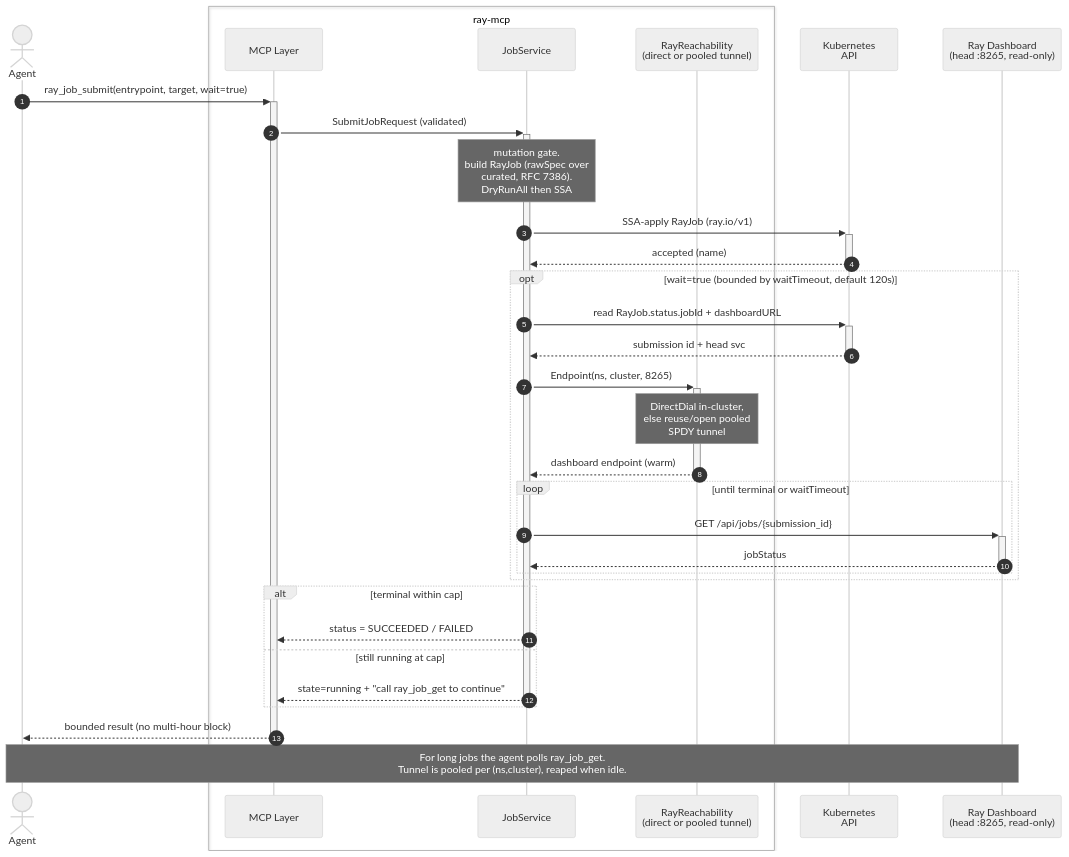
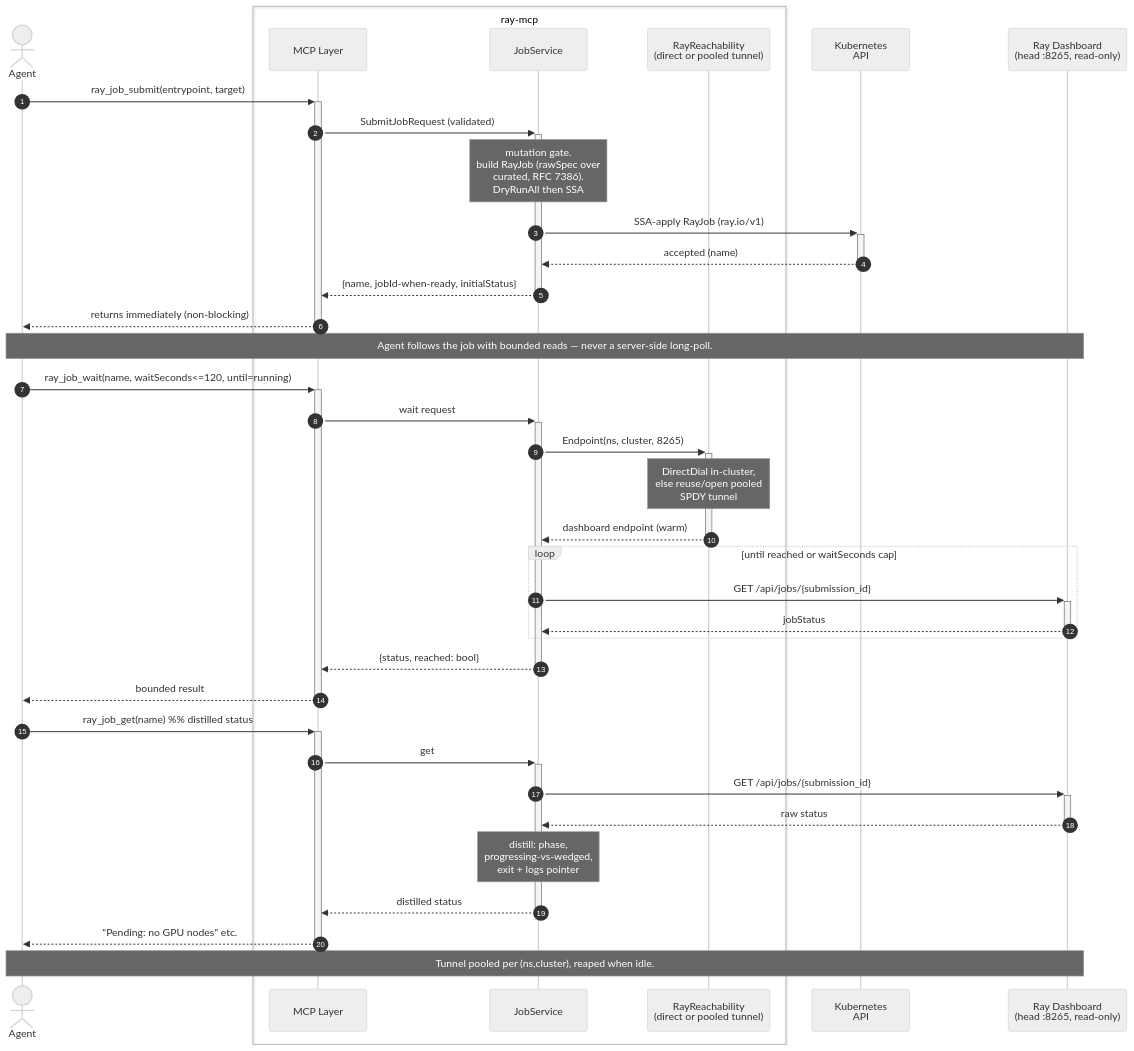
Before and after one commit to risjai/ray-mcp: the diagram in docs/superpowers/specs/2026-06-13-ray-mcp-design.md, drawn with Mermaid (neutral theme). The commit also changed other lines of this file, not shown here.

First line of the commit message:
Fold grilling decisions Q9-Q12 into ray-mcp design

````diff
--- a/docs/superpowers/specs/2026-06-13-ray-mcp-design.md
+++ b/docs/superpowers/specs/2026-06-13-ray-mcp-design.md
@@ -344,39 +352,44 @@
 ```mermaid
 sequenceDiagram
     autonumber
     actor Agent
     box ray-mcp
         participant MCP as MCP Layer
         participant Svc as JobService
         participant Reach as RayReachability<br>(direct or pooled tunnel)
     end
     participant K8s as Kubernetes<br>API
     participant Ray as Ray Dashboard<br>(head :8265, read-only)
 
-    Agent->>+MCP: ray_job_submit(entrypoint, target, wait=true)
+    Agent->>+MCP: ray_job_submit(entrypoint, target)
     MCP->>+Svc: SubmitJobRequest (validated)
     Note over Svc: mutation gate.<br>build RayJob (rawSpec over<br>curated, RFC 7386).<br>DryRunAll then SSA
     Svc->>+K8s: SSA-apply RayJob (ray.io/v1)
     K8s-->>-Svc: accepted (name)
+    Svc-->>-MCP: {name, jobId-when-ready, initialStatus}
+    MCP-->>-Agent: returns immediately (non-blocking)
 
-    opt wait=true (bounded by waitTimeout, default 120s)
-        Svc->>+K8s: read RayJob.status.jobId + dashboardURL
-        K8s-->>-Svc: submission id + head svc
-        Svc->>+Reach: Endpoint(ns, cluster, 8265)
-        Note over Reach: DirectDial in-cluster,<br>else reuse/open pooled<br>SPDY tunnel
-        Reach-->>-Svc: dashboard endpoint (warm)
-        loop until terminal or waitTimeout
-            Svc->>+Ray: GET /api/jobs/{submission_id}
-            Ray-->>-Svc: jobStatus
-        end
+    Note over Agent,Ray: Agent follows the job with bounded reads — never a server-side long-poll.
+
+    Agent->>+MCP: ray_job_wait(name, waitSeconds<=120, until=running)
+    MCP->>+Svc: wait request
+    Svc->>+Reach: Endpoint(ns, cluster, 8265)
+    Note over Reach: DirectDial in-cluster,<br>else reuse/open pooled<br>SPDY tunnel
+    Reach-->>-Svc: dashboard endpoint (warm)
+    loop until reached or waitSeconds cap
+        Svc->>+Ray: GET /api/jobs/{submission_id}
+        Ray-->>-Svc: jobStatus
     end
+    Svc-->>-MCP: {status, reached: bool}
+    MCP-->>-Agent: bounded result
 
-    alt terminal within cap
-        Svc-->>MCP: status = SUCCEEDED / FAILED
-    else still running at cap
-        Svc-->>-MCP: state=running + "call ray_job_get to continue"
-    end
-    MCP-->>-Agent: bounded result (no multi-hour block)
+    Agent->>+MCP: ray_job_get(name)  %% distilled status
+    MCP->>+Svc: get
+    Svc->>+Ray: GET /api/jobs/{submission_id}
+    Ray-->>-Svc: raw status
+    Note over Svc: distill: phase,<br>progressing-vs-wedged,<br>exit + logs pointer
+    Svc-->>-MCP: distilled status
+    MCP-->>-Agent: "Pending: no GPU nodes" etc.
 
-    Note over Agent,Ray: For long jobs the agent polls ray_job_get.<br>Tunnel is pooled per (ns,cluster), reaped when idle.
+    Note over Agent,Ray: Tunnel pooled per (ns,cluster), reaped when idle.
 ```
````
